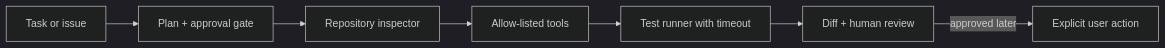
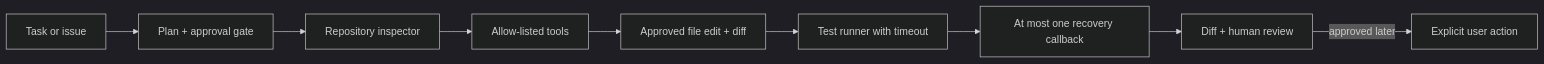
Before and after one commit to rishitha-gogineni/PatchPilot: the diagram in docs/architecture.md, drawn with Mermaid (dark theme). The commit also changed other lines of this file and 10 other files, not shown here.

````diff
--- a/docs/architecture.md
+++ b/docs/architecture.md
@@ -3,9 +3,11 @@
 ```mermaid
 flowchart LR
     Task[Task or issue] --> Planner[Plan + approval gate]
     Planner --> Inspector[Repository inspector]
     Inspector --> Tools[Allow-listed tools]
-    Tools --> Tests[Test runner with timeout]
-    Tests --> Review[Diff + human review]
+    Tools --> Edit[Approved file edit + diff]
+    Edit --> Tests[Test runner with timeout]
+    Tests --> Recovery[At most one recovery callback]
+    Recovery --> Review[Diff + human review]
     Review -->|approved later| Commit[Explicit user action]
 ```
````
